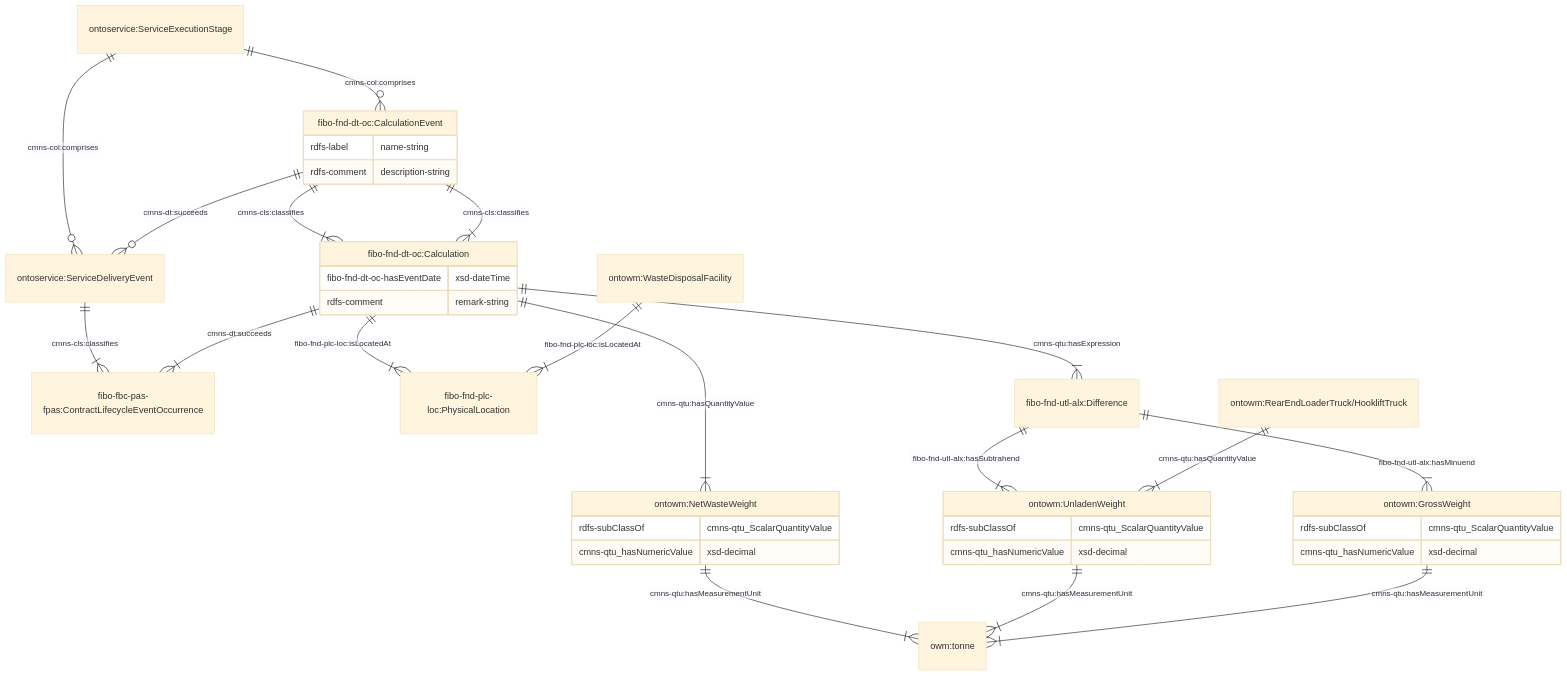
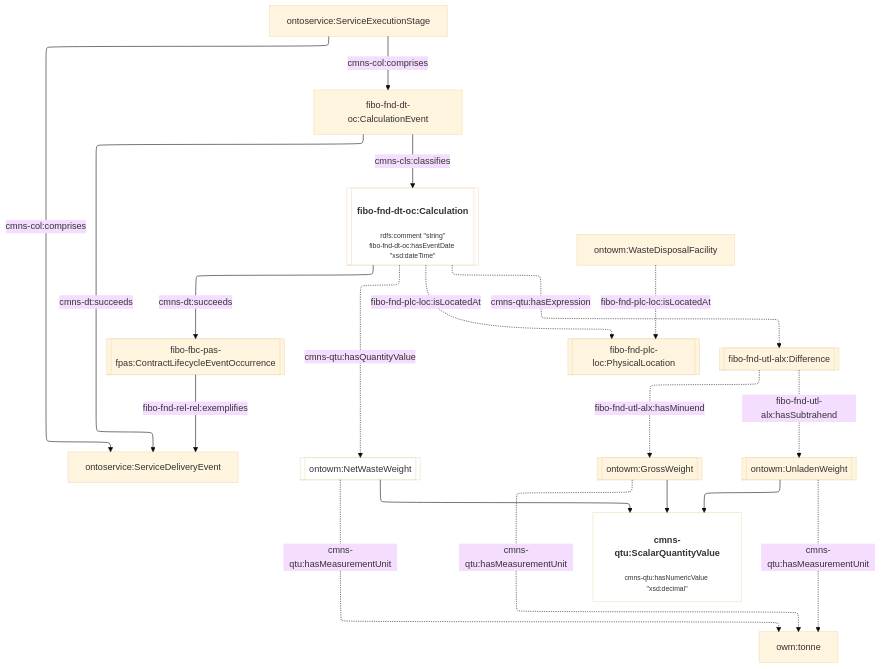
One commit to cambridge-cares/TheWorldAvatar changed the eighth of 13 diagrams in JPS_Ontology/ontology/ontowastemanagement/README.md. Above: the diagram before and after it, drawn with Mermaid (base theme). The commit also changed other lines of this file and 1 other file, not shown here.

Commit message:
dev-service-execution-ontology-extension: update to flowchart diagram in ontoservice and ontowastemanagement

````diff
--- a/JPS_Ontology/ontology/ontowastemanagement/README.md
+++ b/JPS_Ontology/ontology/ontowastemanagement/README.md
@@ -290,46 +302,33 @@
 ```mermaid
-    erDiagram
-    "ontoservice:ServiceExecutionStage" ||--o{ "ontoservice:ServiceDeliveryEvent" : "cmns-col:comprises"
-    "ontoservice:ServiceExecutionStage" ||--o{ "fibo-fnd-dt-oc:CalculationEvent" : "cmns-col:comprises"
-    "ontoservice:ServiceDeliveryEvent" ||--|{ "fibo-fbc-pas-fpas:ContractLifecycleEventOccurrence" : "cmns-cls:classifies"
-    "fibo-fnd-dt-oc:CalculationEvent" ||--|{ "fibo-fnd-dt-oc:Calculation" : "cmns-cls:classifies"
-    "fibo-fnd-dt-oc:CalculationEvent" ||--o{ "ontoservice:ServiceDeliveryEvent" : "cmns-dt:succeeds"
-    "fibo-fnd-dt-oc:Calculation" ||--|{ "fibo-fbc-pas-fpas:ContractLifecycleEventOccurrence" : "cmns-dt:succeeds"
-    "fibo-fnd-dt-oc:CalculationEvent" {
-        rdfs-label name-string
-        rdfs-comment description-string
-    }
+%%{init: {"flowchart": {"defaultRenderer": "elk"}} }%%
+flowchart TD
+    %% Styling
+    classDef literal fill:none
+    classDef node overflow-wrap:break-word,text-wrap:pretty
+    linkStyle default overflow-wrap:break-word,text-wrap:pretty;
 
-    "fibo-fnd-dt-oc:CalculationEvent" ||--|{ "fibo-fnd-dt-oc:Calculation" : "cmns-cls:classifies"
-    "fibo-fnd-dt-oc:Calculation" {
-        fibo-fnd-dt-oc-hasEventDate xsd-dateTime
-        rdfs-comment remark-string
-    }
+    %% Contents
+    CalculationEvent[fibo-fnd-dt-oc:CalculationEvent] -- cmns-dt:succeeds --> ServiceDeliveryEvent[ontoservice:ServiceDeliveryEvent]
+    Calculation[["<h4>fibo-fnd-dt-oc:Calculation</h4><p style='font-size:0.75rem;'>rdfs:comment &quot;string&quot;<br>fibo-fnd-dt-oc:hasEventDate &quot;xsd:dateTime&quot;</p>"]]:::literal -- cmns-dt:succeeds --> EventOccurrence[[fibo-fbc-pas-fpas:ContractLifecycleEventOccurrence]]
+    ServiceExecutionStage[ontoservice:ServiceExecutionStage] -- cmns-col:comprises --> ServiceDeliveryEvent
+    ServiceExecutionStage -- cmns-col:comprises --> CalculationEvent
+    EventOccurrence -- fibo-fnd-rel-rel:exemplifies --> ServiceDeliveryEvent
+    CalculationEvent -- cmns-cls:classifies --> Calculation
 
-    "fibo-fnd-dt-oc:Calculation" ||--|{ "fibo-fnd-plc-loc:PhysicalLocation" : "fibo-fnd-plc-loc:isLocatedAt"
-    "ontowm:WasteDisposalFacility" ||--|{ "fibo-fnd-plc-loc:PhysicalLocation" : "fibo-fnd-plc-loc:isLocatedAt"
+    ontowm:WasteDisposalFacility -. fibo-fnd-plc-loc:isLocatedAt .-> Location[[fibo-fnd-plc-loc:PhysicalLocation]]
+    Calculation -. fibo-fnd-plc-loc:isLocatedAt .-> Location
 
-    "fibo-fnd-dt-oc:Calculation" ||--|{ "ontowm:NetWasteWeight" : "cmns-qtu:hasQuantityValue"
-    "ontowm:NetWasteWeight" ||--|{ "owm:tonne" : "cmns-qtu:hasMeasurementUnit"
-    "ontowm:NetWasteWeight" {
-        rdfs-subClassOf cmns-qtu_ScalarQuantityValue
-        cmns-qtu_hasNumericValue xsd-decimal
-    }
+    Calculation -. cmns-qtu:hasQuantityValue .-> NetWasteWeight[[ontowm:NetWasteWeight]]:::literal
 
-    "fibo-fnd-dt-oc:Calculation" ||--|{ "fibo-fnd-utl-alx:Difference" : "cmns-qtu:hasExpression"
-    "fibo-fnd-utl-alx:Difference" ||--|{ "ontowm:UnladenWeight" : "fibo-fnd-utl-alx:hasSubtrahend"
-    "fibo-fnd-utl-alx:Difference" ||--|{ "ontowm:GrossWeight" : "fibo-fnd-utl-alx:hasMinuend"
+    Calculation -. cmns-qtu:hasExpression .-> Expression[[fibo-fnd-utl-alx:Difference]]
+    Expression -. fibo-fnd-utl-alx:hasMinuend .-> GrossWeight[[ontowm:GrossWeight]]
+    Expression -. fibo-fnd-utl-alx:hasSubtrahend .-> UnladenWeight[[ontowm:UnladenWeight]]
 
-    "ontowm:UnladenWeight" ||--|{ "owm:tonne" : "cmns-qtu:hasMeasurementUnit"
-    "ontowm:RearEndLoaderTruck/HookliftTruck" ||--|{ "ontowm:UnladenWeight" : "cmns-qtu:hasQuantityValue"
-    "ontowm:UnladenWeight" {
-        rdfs-subClassOf cmns-qtu_ScalarQuantityValue
-        cmns-qtu_hasNumericValue xsd-decimal
-    }
+    NetWasteWeight --> ScalarQuantityValue["<h4>cmns-qtu:ScalarQuantityValue</h4><p style='font-size:0.75rem;'>cmns-qtu:hasNumericValue &quot;xsd:decimal&quot;</p>"]:::literal
+    GrossWeight --> ScalarQuantityValue["<h4>cmns-qtu:ScalarQuantityValue</h4><p style='font-size:0.75rem;'>cmns-qtu:hasNumericValue &quot;xsd:decimal&quot;</p>"]:::literal
+    UnladenWeight --> ScalarQuantityValue["<h4>cmns-qtu:ScalarQuantityValue</h4><p style='font-size:0.75rem;'>cmns-qtu:hasNumericValue &quot;xsd:decimal&quot;</p>"]:::literal
 
-    "ontowm:GrossWeight" ||--|{ "owm:tonne" : "cmns-qtu:hasMeasurementUnit"
-    "ontowm:GrossWeight" {
-        rdfs-subClassOf cmns-qtu_ScalarQuantityValue
-        cmns-qtu_hasNumericValue xsd-decimal
-    }
+    NetWasteWeight -. cmns-qtu:hasMeasurementUnit .-> tonne[owm:tonne]
+    GrossWeight -. cmns-qtu:hasMeasurementUnit .-> tonne
+    UnladenWeight -. cmns-qtu:hasMeasurementUnit .-> tonne
 ```
````
